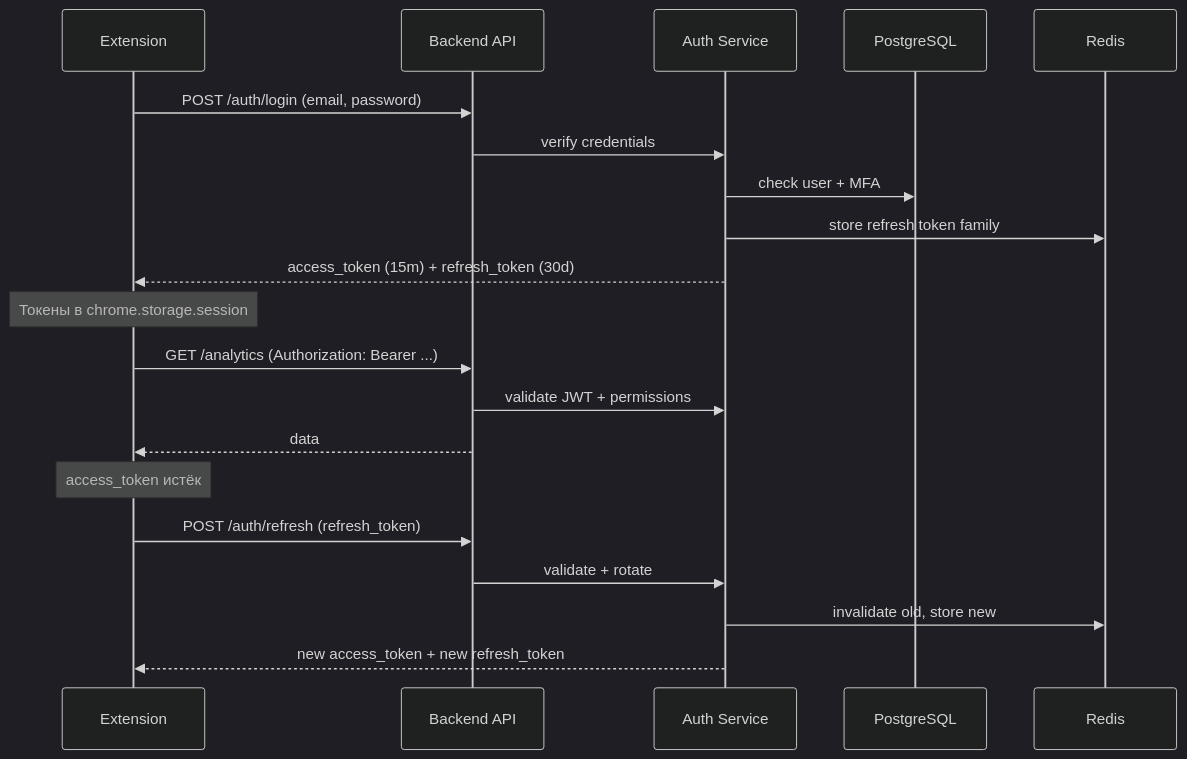
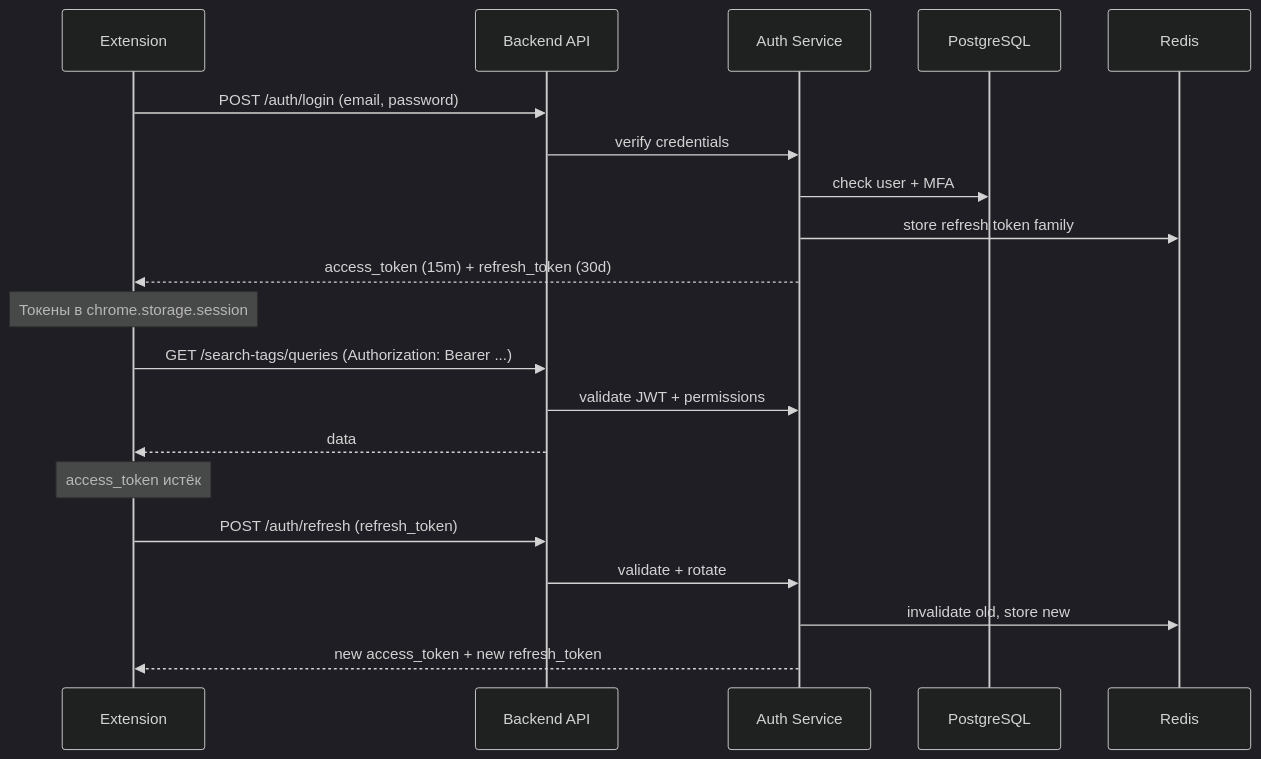
One commit to MarketHackerLabs/docs changed the first of 2 diagrams in architecture/authentication.md. Above: the diagram before and after it, drawn with Mermaid (dark theme). The commit also changed other lines of this file and 10 other files, not shown here.

````diff
--- a/architecture/authentication.md
+++ b/architecture/authentication.md
@@ -13,27 +13,27 @@
 ```mermaid
 sequenceDiagram
     participant EXT as Extension
     participant API as Backend API
     participant AUTH as Auth Service
     participant PG as PostgreSQL
     participant REDIS as Redis
 
     EXT->>API: POST /auth/login (email, password)
     API->>AUTH: verify credentials
     AUTH->>PG: check user + MFA
     AUTH->>REDIS: store refresh token family
     AUTH-->>EXT: access_token (15m) + refresh_token (30d)
 
     Note over EXT: Токены в chrome.storage.session
 
-    EXT->>API: GET /analytics (Authorization: Bearer ...)
+    EXT->>API: GET /search-tags/queries (Authorization: Bearer ...)
     API->>AUTH: validate JWT + permissions
     API-->>EXT: data
 
     Note over EXT: access_token истёк
 
     EXT->>API: POST /auth/refresh (refresh_token)
     API->>AUTH: validate + rotate
     AUTH->>REDIS: invalidate old, store new
     AUTH-->>EXT: new access_token + new refresh_token
 ```
````
